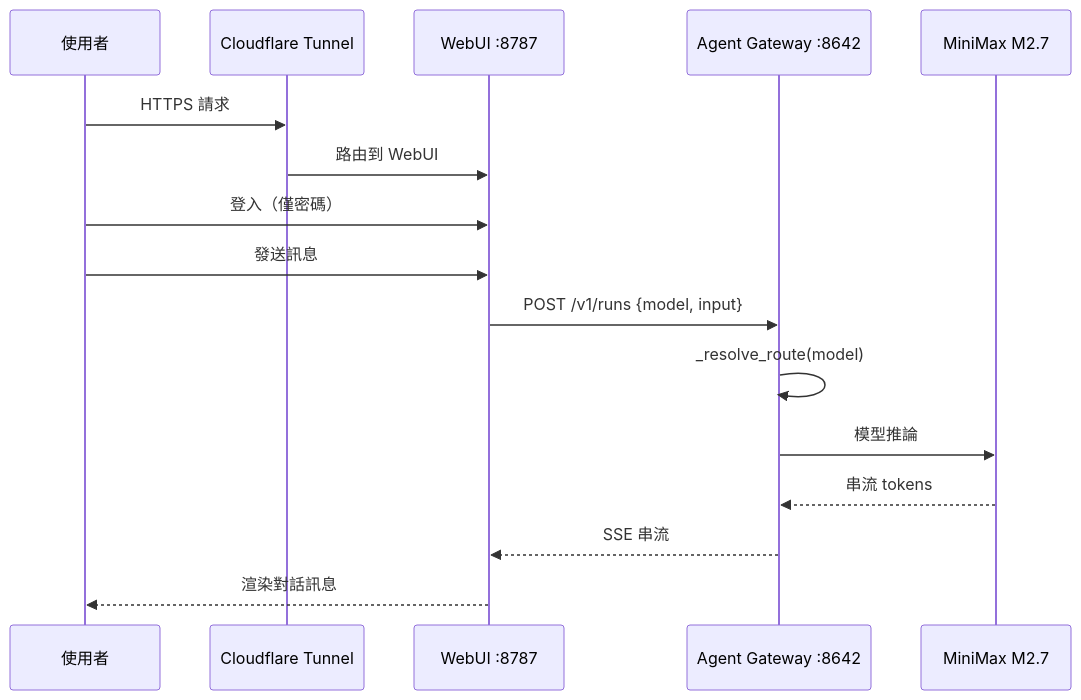
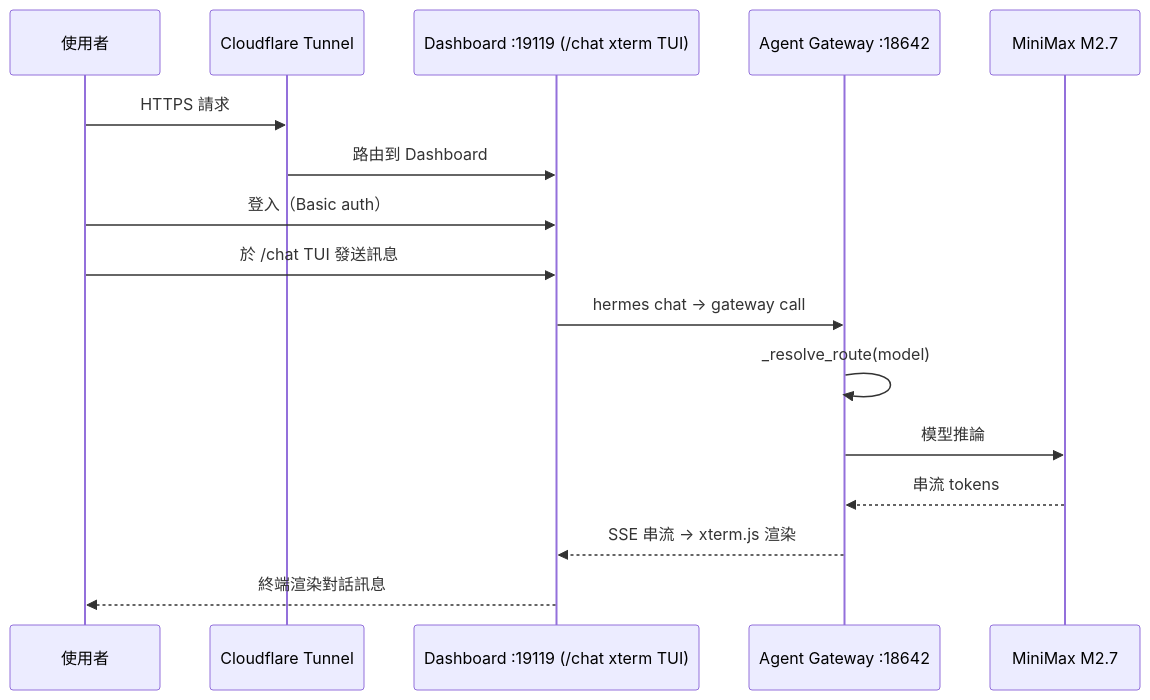
The third of 5 diagrams in README_zh-TW.md (WOOWTECH/Woow_podman_hermes), drawn with Mermaid before and after one commit. The commit also changed other lines of this file and 43 other files, not shown here.

````diff
--- a/README_zh-TW.md
+++ b/README_zh-TW.md
@@ -189,19 +173,19 @@
 ```mermaid
 sequenceDiagram
     participant U as 使用者
     participant CF as Cloudflare Tunnel
-    participant WUI as WebUI :8787
-    participant GW as Agent Gateway :8642
+    participant DASH as Dashboard :19119 (/chat xterm TUI)
+    participant GW as Agent Gateway :18642
     participant LLM as MiniMax M2.7
 
     U->>CF: HTTPS 請求
-    CF->>WUI: 路由到 WebUI
-    U->>WUI: 登入（僅密碼）
-    U->>WUI: 發送訊息
-    WUI->>GW: POST /v1/runs {model, input}
+    CF->>DASH: 路由到 Dashboard
+    U->>DASH: 登入（Basic auth）
+    U->>DASH: 於 /chat TUI 發送訊息
+    DASH->>GW: hermes chat → gateway call
     GW->>GW: _resolve_route(model)
     GW->>LLM: 模型推論
     LLM-->>GW: 串流 tokens
-    GW-->>WUI: SSE 串流
-    WUI-->>U: 渲染對話訊息
+    GW-->>DASH: SSE 串流 → xterm.js 渲染
+    DASH-->>U: 終端渲染對話訊息
 ```
````
